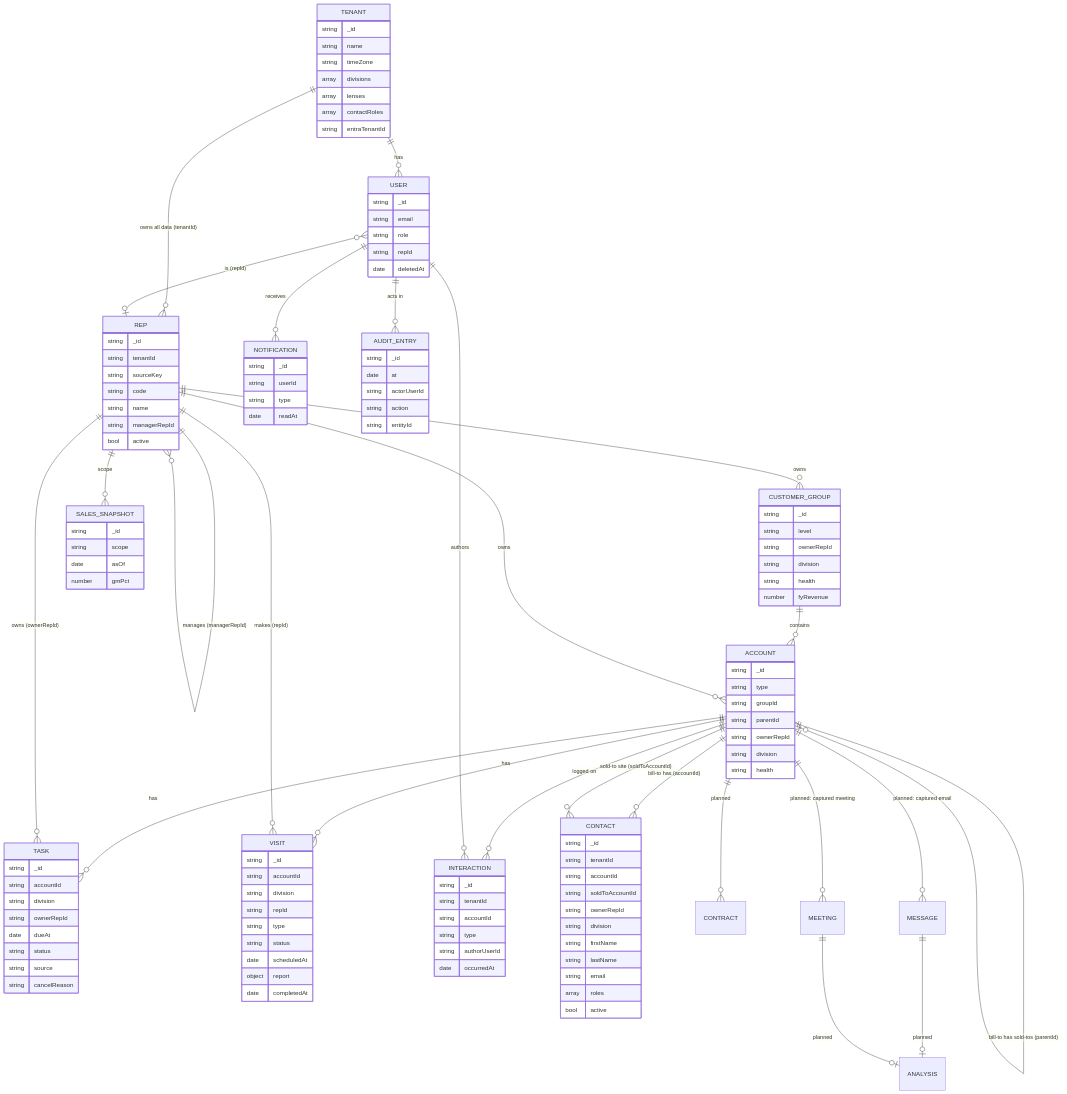
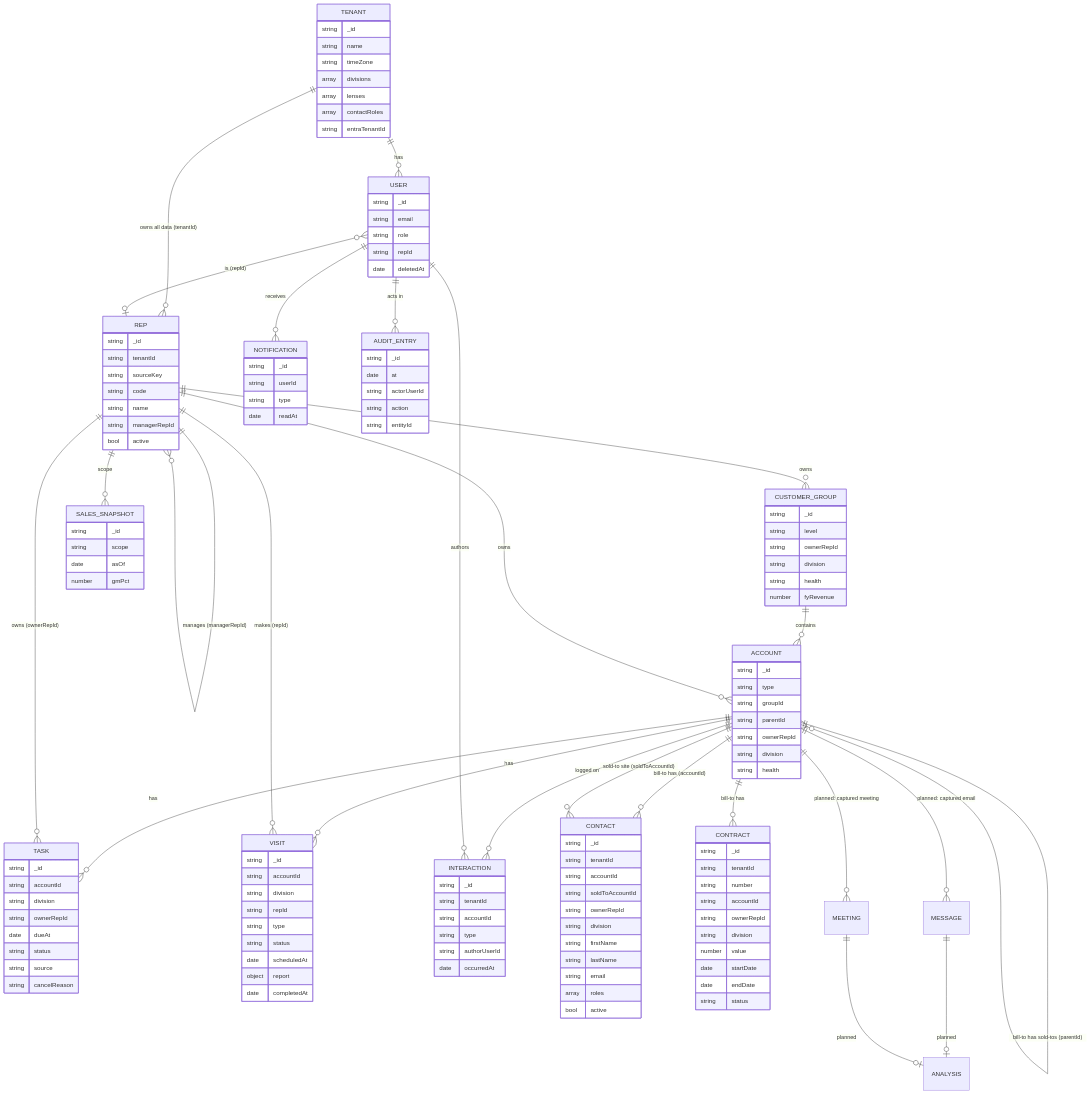
Before and after one commit to sonishivam1/ambient-crm: the diagram in docs/architecture/data-model.md, drawn with Mermaid. The commit also changed other lines of this file and 17 other files, not shown here.

```diff
--- a/docs/architecture/data-model.md
+++ b/docs/architecture/data-model.md
@@ -42,7 +42,7 @@
   REP ||--o{ SALES_SNAPSHOT : "scope"
   ACCOUNT ||--o{ CONTACT : "bill-to has (accountId)"
   ACCOUNT ||--o{ CONTACT : "sold-to site (soldToAccountId)"
-  ACCOUNT ||--o{ CONTRACT : "planned"
+  ACCOUNT ||--o{ CONTRACT : "bill-to has"
   ACCOUNT ||--o{ MESSAGE : "planned: captured email"
   ACCOUNT ||--o{ MEETING : "planned: captured meeting"
   MESSAGE ||--o| ANALYSIS : "planned"
@@ -119,6 +119,18 @@
     string authorUserId
     date occurredAt
   }
+  CONTRACT {
+    string _id
+    string tenantId
+    string number
+    string accountId
+    string ownerRepId
+    string division
+    number value
+    date startDate
+    date endDate
+    string status
+  }
   CONTACT {
     string _id
     string tenantId
```
